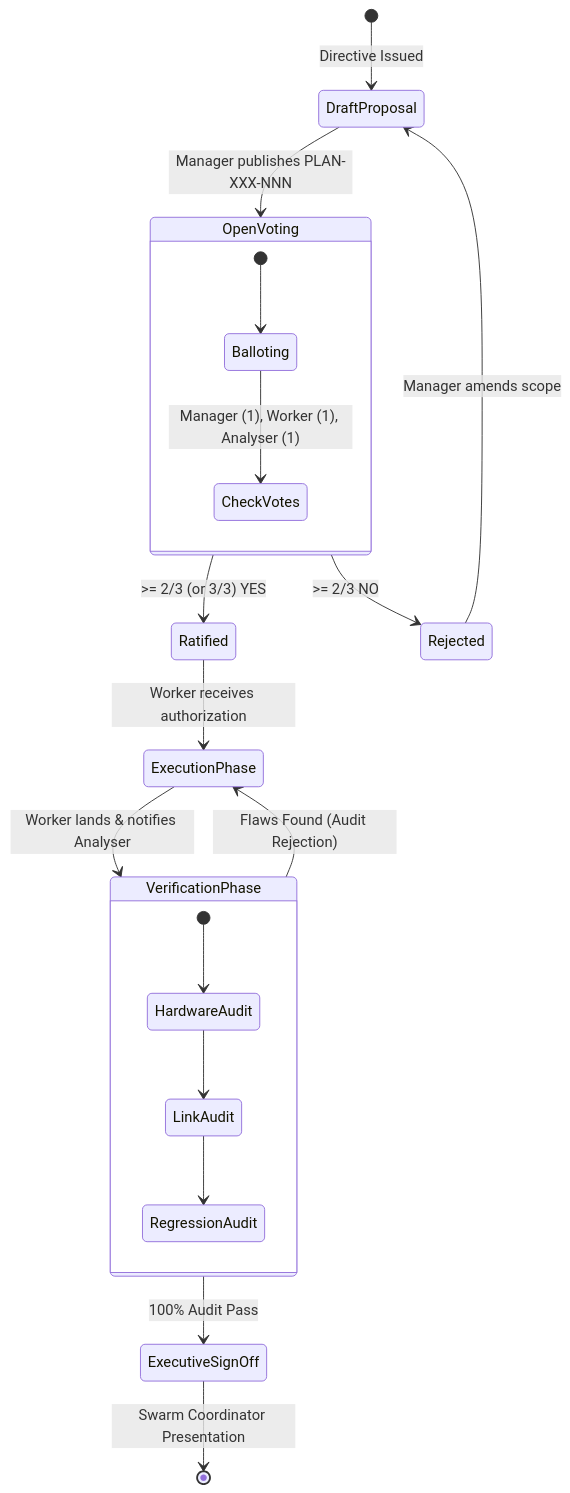
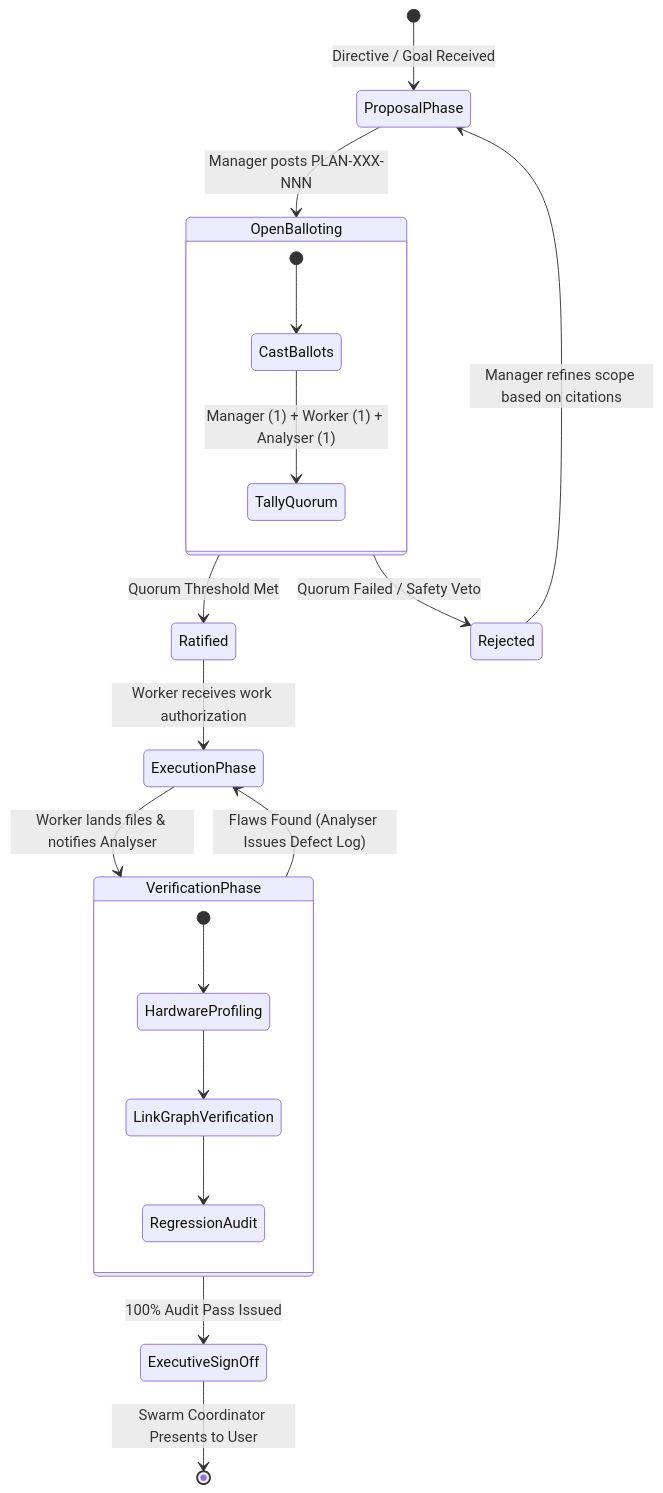
Before and after one commit to Kanad590/antigravity-skills: the fourth of 4 diagrams in skills/kanad-consensus-swarm/SKILL.md, drawn with Mermaid. The commit also changed other lines of this file and 6 other files, not shown here.

````diff
--- a/skills/kanad-consensus-swarm/SKILL.md
+++ b/skills/kanad-consensus-swarm/SKILL.md
@@ -115,28 +145,28 @@
 ```mermaid
 stateDiagram-v2
-    [*] --> DraftProposal: Directive Issued
-    DraftProposal --> OpenVoting: Manager publishes PLAN-XXX-NNN
+    [*] --> ProposalPhase: Directive / Goal Received
+    ProposalPhase --> OpenBalloting: Manager posts PLAN-XXX-NNN
     
-    state OpenVoting {
-        [*] --> Balloting
-        Balloting --> CheckVotes: Manager (1), Worker (1), Analyser (1)
+    state OpenBalloting {
+        [*] --> CastBallots
+        CastBallots --> TallyQuorum: Manager (1) + Worker (1) + Analyser (1)
     }
     
-    OpenVoting --> Ratified: >= 2/3 (or 3/3) YES
-    OpenVoting --> Rejected: >= 2/3 NO
+    OpenBalloting --> Ratified: Quorum Threshold Met
+    OpenBalloting --> Rejected: Quorum Failed / Safety Veto
     
-    Rejected --> DraftProposal: Manager amends scope
+    Rejected --> ProposalPhase: Manager refines scope based on citations
     
-    Ratified --> ExecutionPhase: Worker receives authorization
-    ExecutionPhase --> VerificationPhase: Worker lands & notifies Analyser
+    Ratified --> ExecutionPhase: Worker receives work authorization
+    ExecutionPhase --> VerificationPhase: Worker lands files & notifies Analyser
     
     state VerificationPhase {
-        [*] --> HardwareAudit
-        HardwareAudit --> LinkAudit
-        LinkAudit --> RegressionAudit
+        [*] --> HardwareProfiling
+        HardwareProfiling --> LinkGraphVerification
+        LinkGraphVerification --> RegressionAudit
     }
     
-    VerificationPhase --> ExecutionPhase: Flaws Found (Audit Rejection)
-    VerificationPhase --> ExecutiveSignOff: 100% Audit Pass
-    ExecutiveSignOff --> [*]: Swarm Coordinator Presentation
+    VerificationPhase --> ExecutionPhase: Flaws Found (Analyser Issues Defect Log)
+    VerificationPhase --> ExecutiveSignOff: 100% Audit Pass Issued
+    ExecutiveSignOff --> [*]: Swarm Coordinator Presents to User
 ```
````
